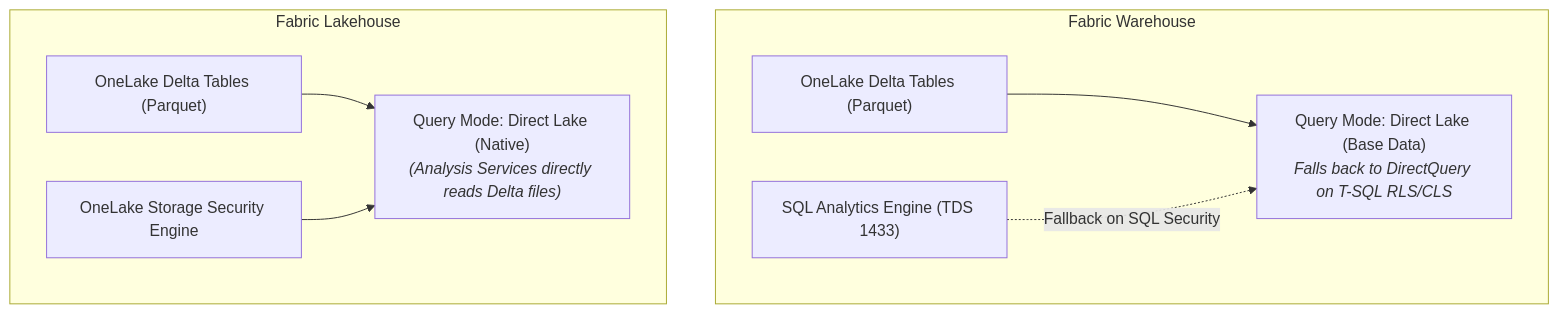
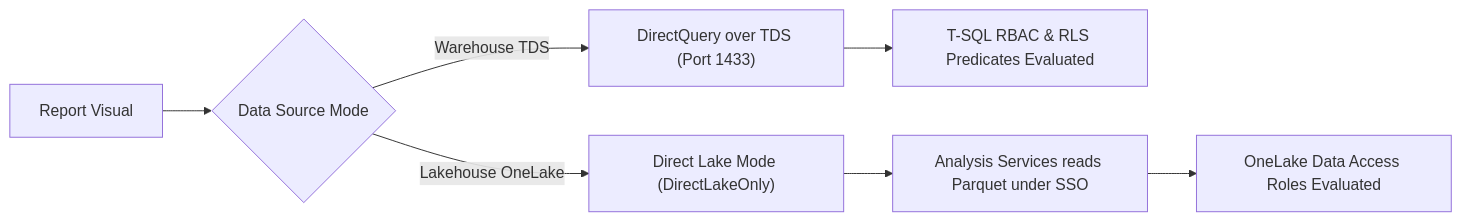
Before and after one commit to jambazid/terraform-provider-fabricext: the second of 2 diagrams in guides/granular_access_control.md, drawn with Mermaid. The commit also changed other lines of this file and 36 other files, not shown here.

First line of the commit message:
docs(guides): harden access control architecture and engine fidelity

````diff
--- a/guides/granular_access_control.md
+++ b/guides/granular_access_control.md
@@ -185,18 +229,9 @@
 ```mermaid
-graph TD
-    subgraph Warehouse["Fabric Warehouse"]
-        W_PARQUET["OneLake Delta Tables (Parquet)"]
-        W_SQL["SQL Analytics Engine (TDS 1433)"]
-        W_MODE["Query Mode: Direct Lake (Base Data)<br/><i>Falls back to DirectQuery on T-SQL RLS/CLS</i>"]
-        W_PARQUET --> W_MODE
-        W_SQL -.->|Fallback on SQL Security| W_MODE
-    end
-
-    subgraph Lakehouse["Fabric Lakehouse"]
-        L_DELTA["OneLake Delta Tables (Parquet)"]
-        L_STORAGE["OneLake Storage Security Engine"]
-        L_MODE["Query Mode: Direct Lake (Native)<br/><i>(Analysis Services directly reads Delta files)</i>"]
-        L_DELTA --> L_MODE
-        L_STORAGE --> L_MODE
-    end
+flowchart LR
+    A["Report Visual"] --> B{"Data Source Mode"}
+    B -->|Warehouse TDS| C["DirectQuery over TDS (Port 1433)"]
+    C --> D["T-SQL RBAC & RLS Predicates Evaluated"]
+    B -->|Lakehouse OneLake| E["Direct Lake Mode (DirectLakeOnly)"]
+    E --> F["Analysis Services reads Parquet under SSO"]
+    F --> G["OneLake Data Access Roles Evaluated"]
 ```
````
